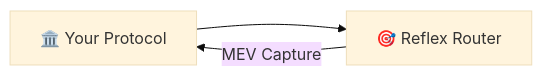
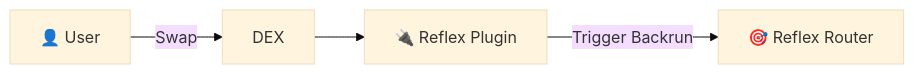
The first of 3 diagrams in website/docs/integration/overview.md (reflex-mev/reflex), drawn with Mermaid (base theme) before and after one commit. The commit also changed other lines of this file and 6 other files, not shown here.

````diff
--- a/website/docs/integration/overview.md
+++ b/website/docs/integration/overview.md
@@ -21,5 +21,6 @@
 ```mermaid
 graph LR
-    Protocol[🏛️ Your Protocol] --> Router[🎯 Reflex Router]
-    Router --> |MEV Capture| Protocol
+    User[👤 User] --> |Swap| DEX[DEX]
+    DEX --> Plugin[🔌 Reflex Plugin]
+    Plugin -->|Trigger Backrun| Router[🎯 Reflex Router]
 ```
````
